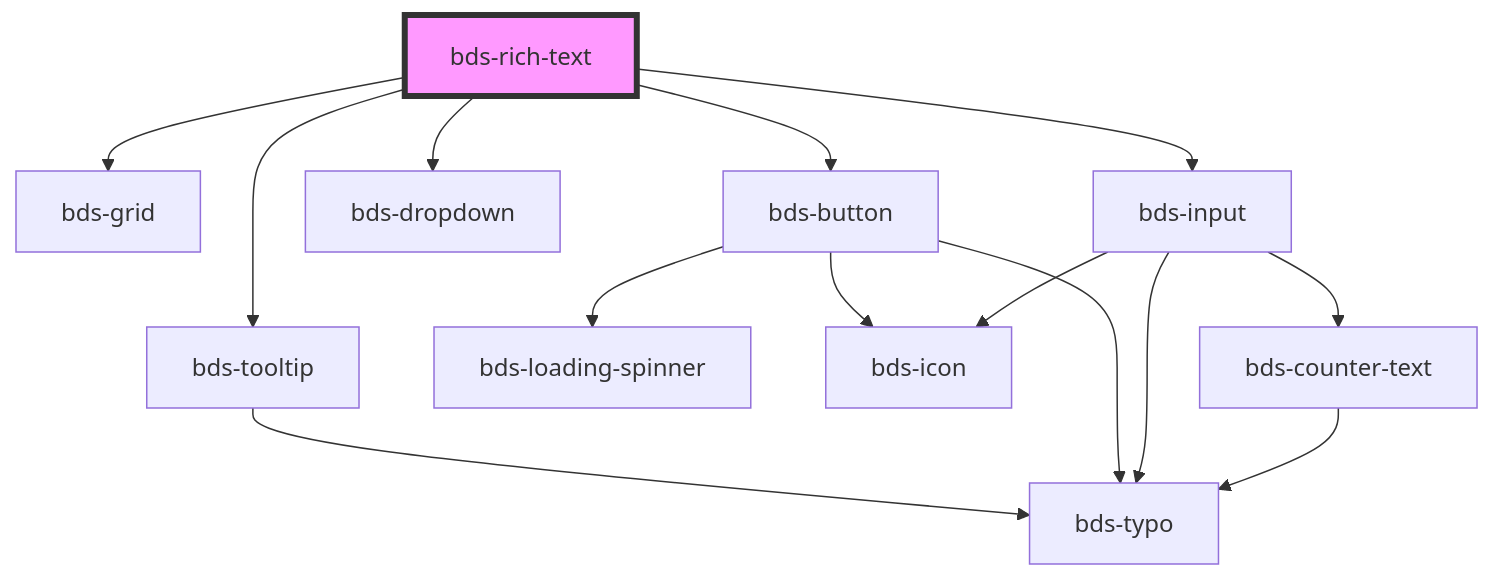
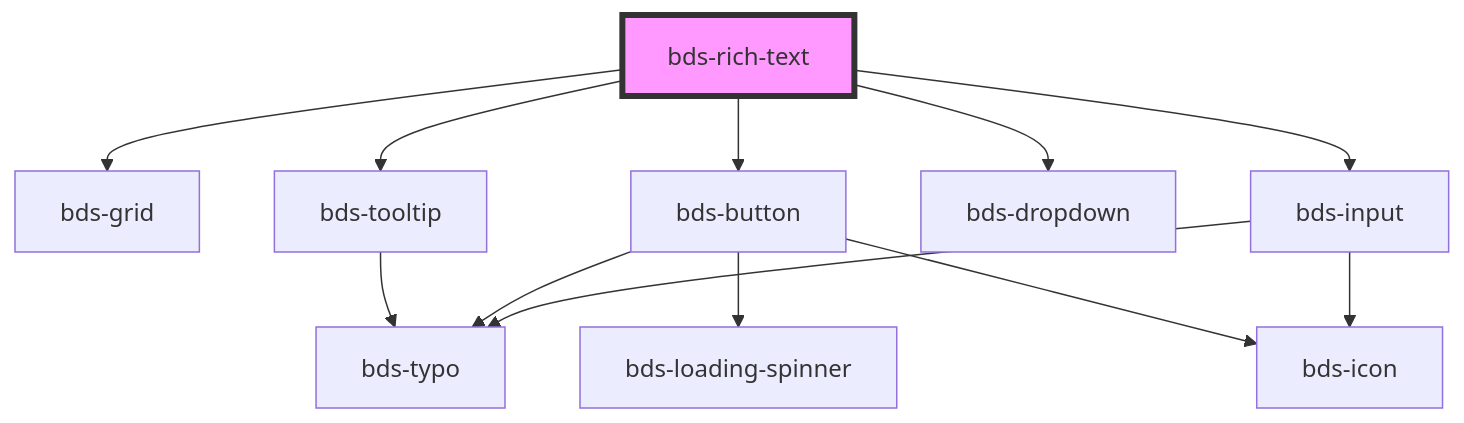
One commit to takenet/blip-ds changed the diagram in src/components/rict-text/readme.md. Above: the diagram before and after it, drawn with Mermaid. The commit also changed 8 other files, not shown here.

````diff
--- a/src/components/rict-text/readme.md
+++ b/src/components/rict-text/readme.md
@@ -38,17 +38,15 @@
 ```mermaid
 graph TD;
   bds-rich-text --> bds-grid
   bds-rich-text --> bds-tooltip
   bds-rich-text --> bds-button
   bds-rich-text --> bds-dropdown
   bds-rich-text --> bds-input
   bds-tooltip --> bds-typo
   bds-button --> bds-loading-spinner
   bds-button --> bds-icon
   bds-button --> bds-typo
   bds-input --> bds-icon
   bds-input --> bds-typo
-  bds-input --> bds-counter-text
-  bds-counter-text --> bds-typo
   style bds-rich-text fill:#f9f,stroke:#333,stroke-width:4px
 ```
````
